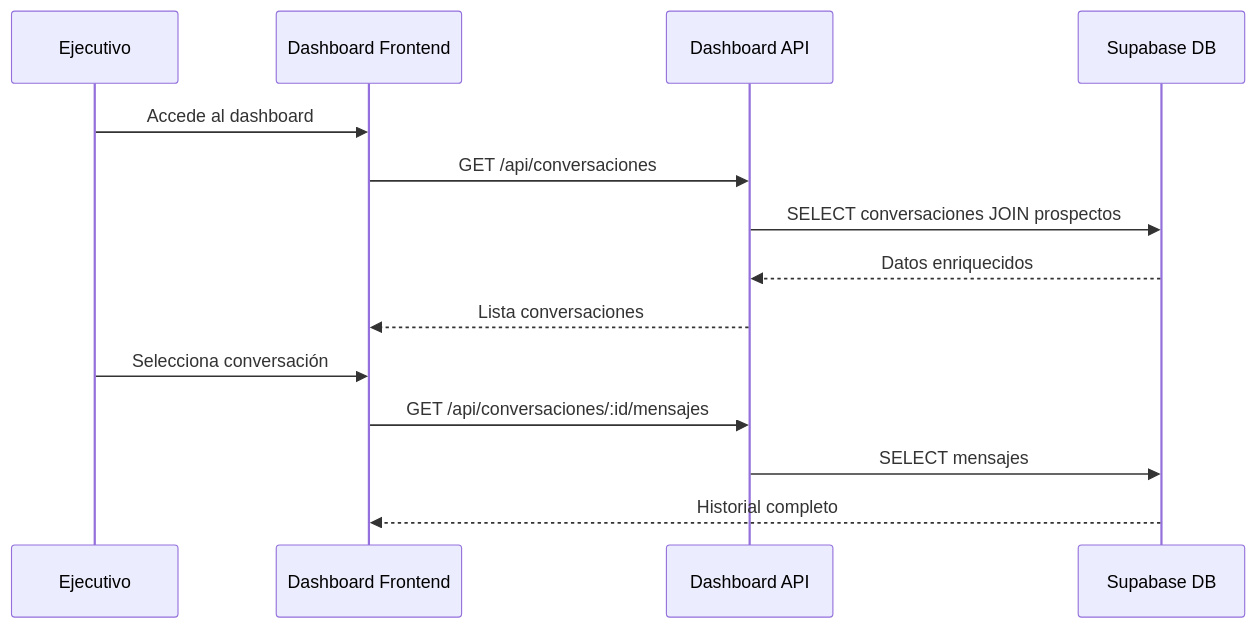
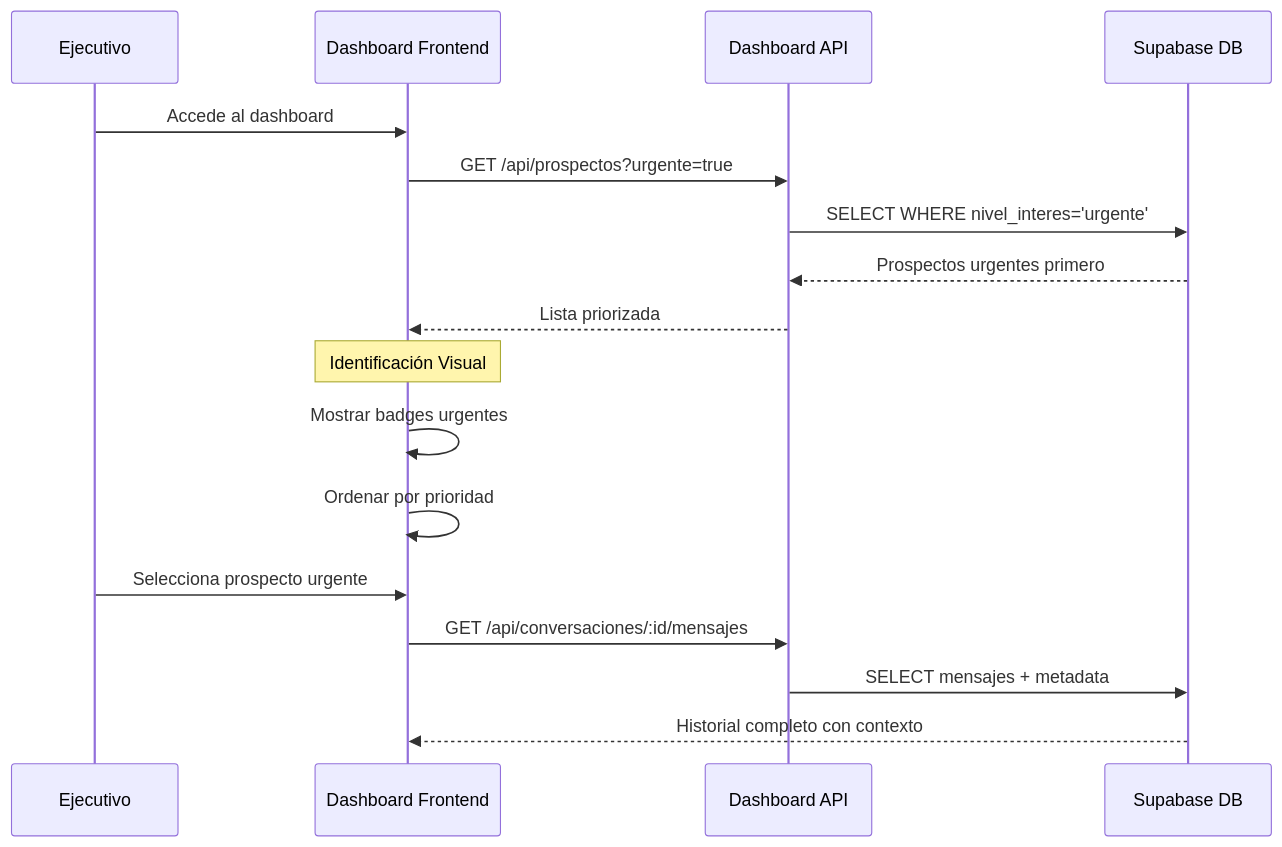
Before and after one commit to direccionTIUniacc/chat-bot: the fourth of 4 diagrams in arquitectura.md, drawn with Mermaid. The commit also changed other lines of this file and 9 other files, not shown here.

````diff
--- a/arquitectura.md
+++ b/arquitectura.md
@@ -310,17 +449,22 @@
 ```mermaid
 sequenceDiagram
     participant E as Ejecutivo
     participant DF as Dashboard Frontend
     participant DAS as Dashboard API
     participant SB as Supabase DB
 
     E->>DF: Accede al dashboard
-    DF->>DAS: GET /api/conversaciones
-    DAS->>SB: SELECT conversaciones JOIN prospectos
-    SB-->>DAS: Datos enriquecidos
-    DAS-->>DF: Lista conversaciones
-    E->>DF: Selecciona conversación
+    DF->>DAS: GET /api/prospectos?urgente=true
+    DAS->>SB: SELECT WHERE nivel_interes='urgente'
+    SB-->>DAS: Prospectos urgentes primero
+    DAS-->>DF: Lista priorizada
+    
+    Note over DF: Identificación Visual
+    DF->>DF: Mostrar badges urgentes
+    DF->>DF: Ordenar por prioridad
+    
+    E->>DF: Selecciona prospecto urgente
     DF->>DAS: GET /api/conversaciones/:id/mensajes
-    DAS->>SB: SELECT mensajes
-    SB-->>DF: Historial completo
+    DAS->>SB: SELECT mensajes + metadata
+    SB-->>DF: Historial completo con contexto
 ```
````
